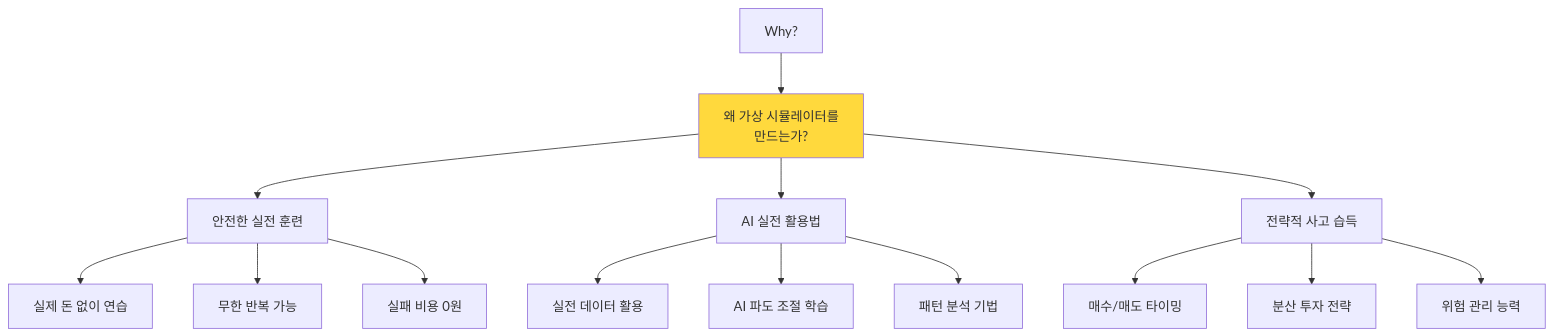
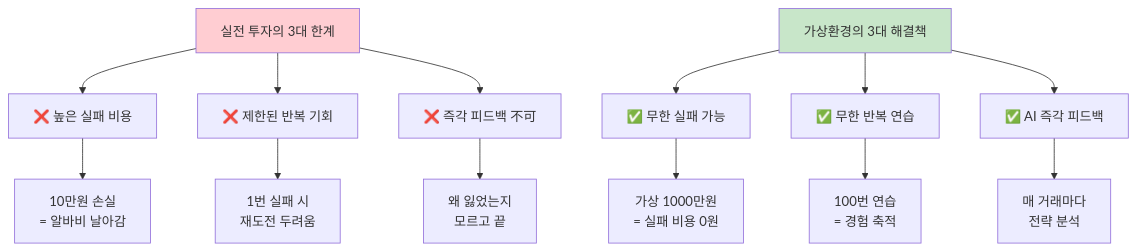
The second of 14 diagrams in Docs/주제/5단계-AI가상환경_실전체험_교육가이드.md (Collegenie-X/AI-Vive-Coding), drawn with Mermaid before and after one commit. The commit also changed other lines of this file and 2 other files, not shown here.

````diff
--- a/Docs/주제/5단계-AI가상환경_실전체험_교육가이드.md
+++ b/Docs/주제/5단계-AI가상환경_실전체험_교육가이드.md
@@ -63,22 +68,21 @@
 ```mermaid
 graph TB
-    A[Why?] --> B[왜 가상 시뮬레이터를<br/>만드는가?]
+    A[실전 투자의 3대 한계] --> B[❌ 높은 실패 비용]
+    A --> C[❌ 제한된 반복 기회]
+    A --> D[❌ 즉각 피드백 不可]
     
-    B --> C[안전한 실전 훈련]
-    B --> D[AI 실전 활용법]
-    B --> E[전략적 사고 습득]
+    B --> B1[10만원 손실<br/>= 알바비 날아감]
+    C --> C1[1번 실패 시<br/>재도전 두려움]
+    D --> D1[왜 잃었는지<br/>모르고 끝]
     
-    C --> C1[실제 돈 없이 연습]
-    C --> C2[무한 반복 가능]
-    C --> C3[실패 비용 0원]
+    E[가상환경의 3대 해결책] --> F[✅ 무한 실패 가능]
+    E --> G[✅ 무한 반복 연습]
+    E --> H[✅ AI 즉각 피드백]
     
-    D --> D1[실전 데이터 활용]
-    D --> D2[AI 파도 조절 학습]
-    D --> D3[패턴 분석 기법]
+    F --> F1[가상 1000만원<br/>= 실패 비용 0원]
+    G --> G1[100번 연습<br/>= 경험 축적]
+    H --> H1[매 거래마다<br/>전략 분석]
     
-    E --> E1[매수/매도 타이밍]
-    E --> E2[분산 투자 전략]
-    E --> E3[위험 관리 능력]
-    
-    style B fill:#FFD93D
+    style A fill:#ffcdd2
+    style E fill:#c8e6c9
 ```
````
